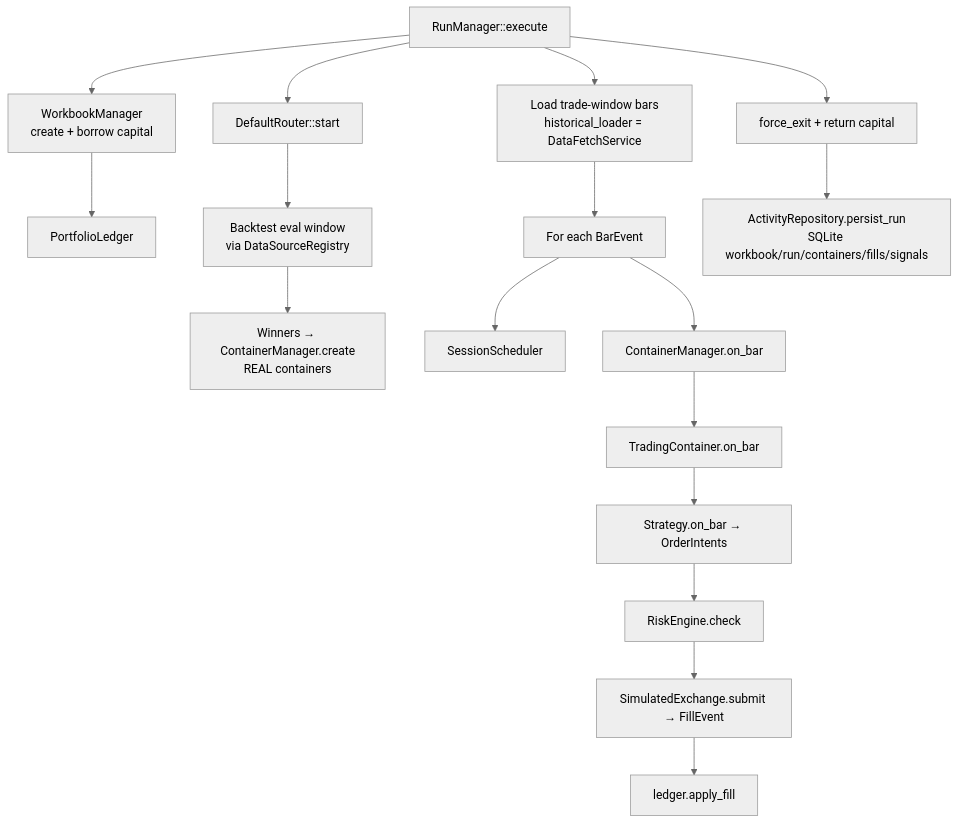
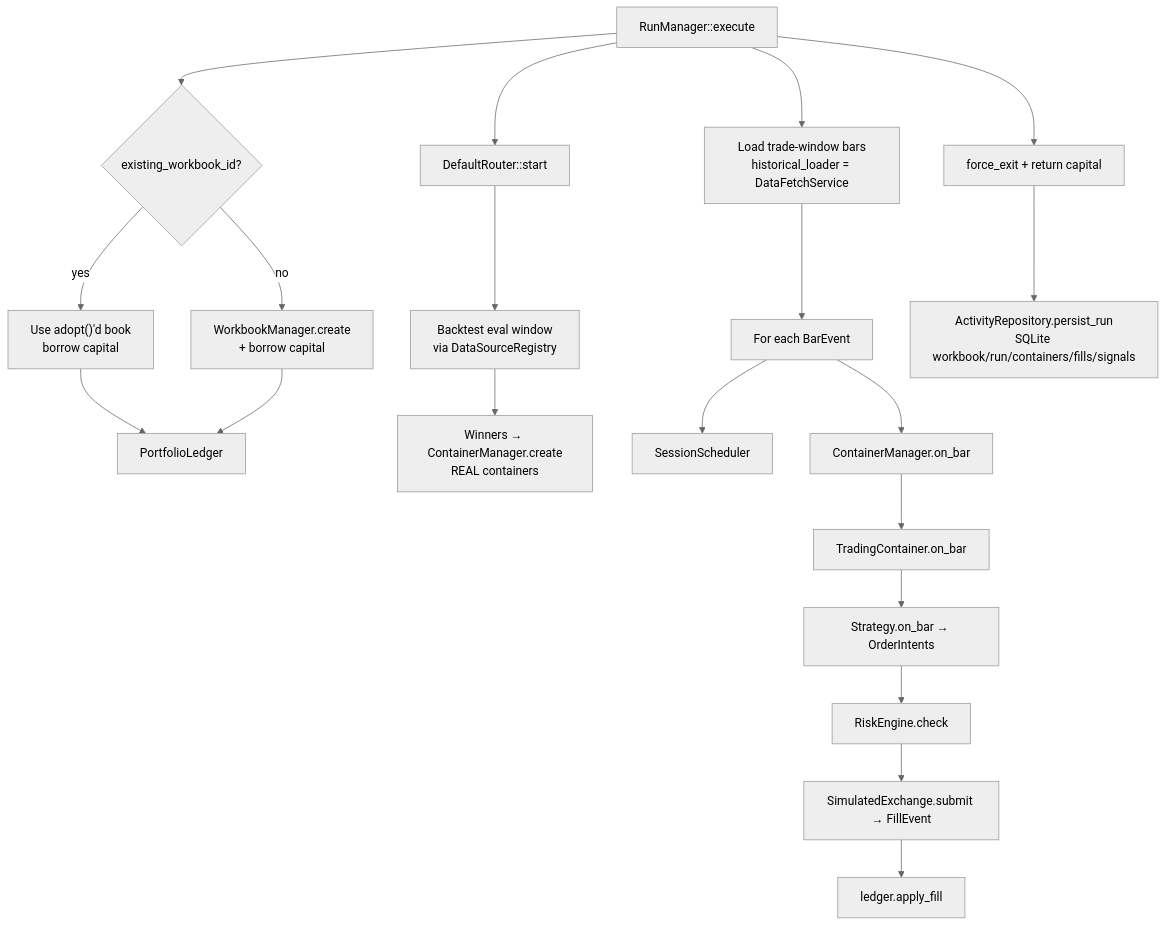
The fifth of 8 diagrams in Notes/CODEMAP.md (Ruhangrk/AlgoCraft), drawn with Mermaid (neutral theme) before and after one commit. The commit also changed other lines of this file and 44 other files, not shown here.

````diff
--- a/Notes/CODEMAP.md
+++ b/Notes/CODEMAP.md
@@ -147,19 +150,22 @@
 ```mermaid
 flowchart TB
-  START["RunManager::execute"] --> WB["WorkbookManager<br/>create + borrow capital"]
-  WB --> LEDGER["PortfolioLedger"]
+  START["RunManager::execute"] --> WB{"existing_workbook_id?"}
+  WB -->|yes| ADOPT["Use adopt()'d book<br/>borrow capital"]
+  WB -->|no| CREATE["WorkbookManager.create<br/>+ borrow capital"]
+  ADOPT --> LEDGER["PortfolioLedger"]
+  CREATE --> LEDGER
   START --> ROUTER["DefaultRouter::start"]
   ROUTER --> EVAL["Backtest eval window<br/>via DataSourceRegistry"]
   EVAL --> WIN["Winners → ContainerManager.create<br/>REAL containers"]
   START --> TAPE["Load trade-window bars<br/>historical_loader = DataFetchService"]
   TAPE --> LOOP["For each BarEvent"]
   LOOP --> SCH["SessionScheduler"]
   LOOP --> CM["ContainerManager.on_bar"]
   CM --> TC["TradingContainer.on_bar"]
   TC --> S["Strategy.on_bar → OrderIntents"]
   S --> R["RiskEngine.check"]
   R --> X["SimulatedExchange.submit → FillEvent"]
   X --> L["ledger.apply_fill"]
   START --> STOP["force_exit + return capital"]
   STOP --> PERS["ActivityRepository.persist_run<br/>SQLite workbook/run/containers/fills/signals"]
 ```
````
